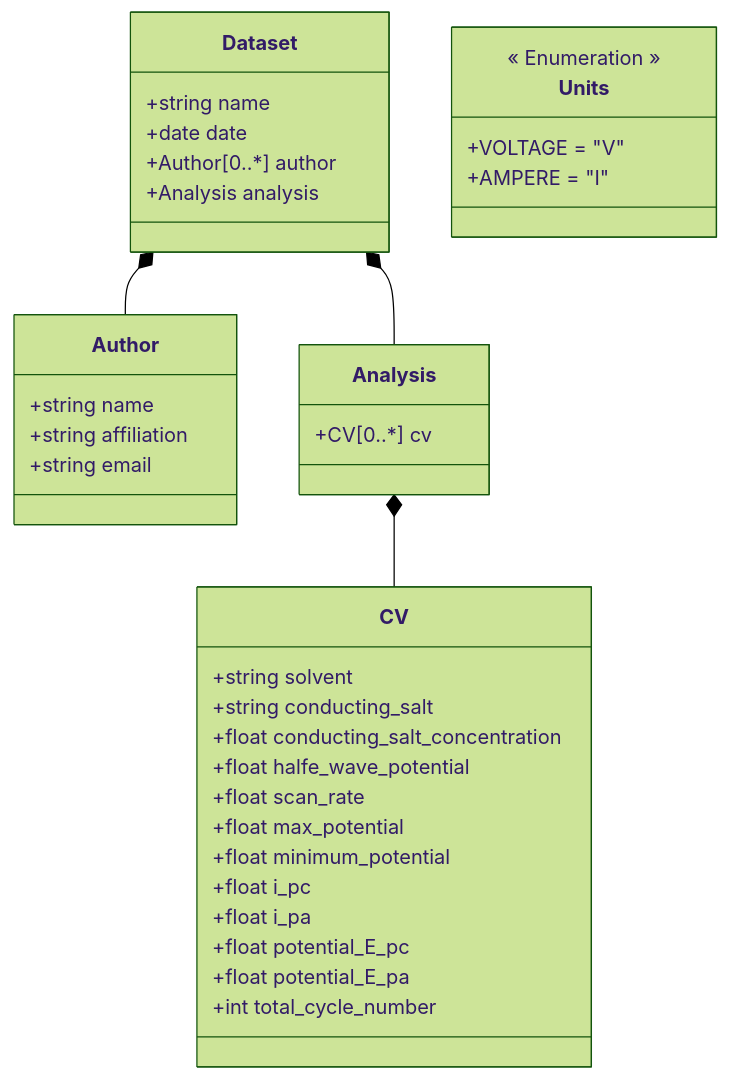
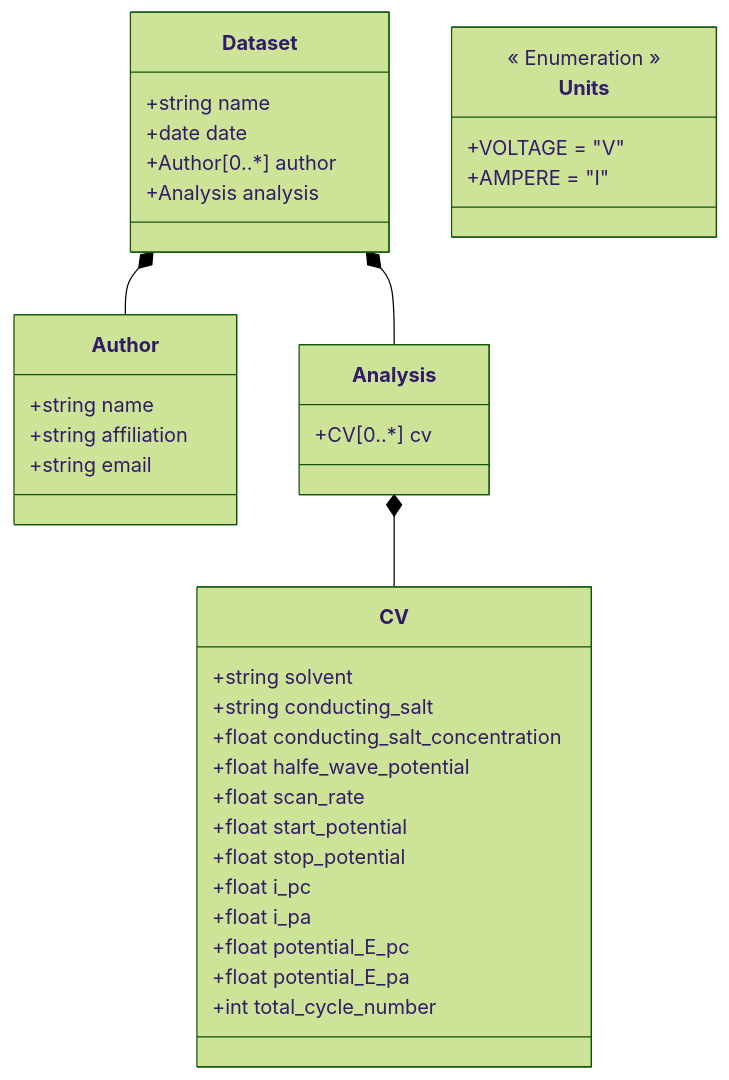
Before and after one commit to FAIRChemistry/datamodel-electrochemistry: the diagram in ElectrochemistryDataModel/schemes/Datamodel for Electrochemistry.md, drawn with Mermaid (forest theme). The commit also changed 5 other files, not shown here.

````diff
--- a/ElectrochemistryDataModel/schemes/Datamodel for Electrochemistry.md
+++ b/ElectrochemistryDataModel/schemes/Datamodel for Electrochemistry.md
@@ -1,45 +1,45 @@
 ```mermaid
 classDiagram
     Dataset *-- Author
     Dataset *-- Analysis
     Analysis *-- CV
     
     class Dataset {
         +string name
         +date date
         +Author[0..*] author
         +Analysis analysis
     }
     
     class Analysis {
         +CV[0..*] cv
     }
     
     class CV {
         +string solvent
         +string conducting_salt
         +float conducting_salt_concentration
         +float halfe_wave_potential
         +float scan_rate
-        +float max_potential
-        +float minimum_potential
+        +float start_potential
+        +float stop_potential
         +float i_pc
         +float i_pa
         +float potential_E_pc
         +float potential_E_pa
         +int total_cycle_number
     }
     
     class Author {
         +string name
         +string affiliation
         +string email
     }
     
     class Units {
         << Enumeration >>
         +VOLTAGE = "V"
         +AMPERE = "I"
     }
     
 ```
````
